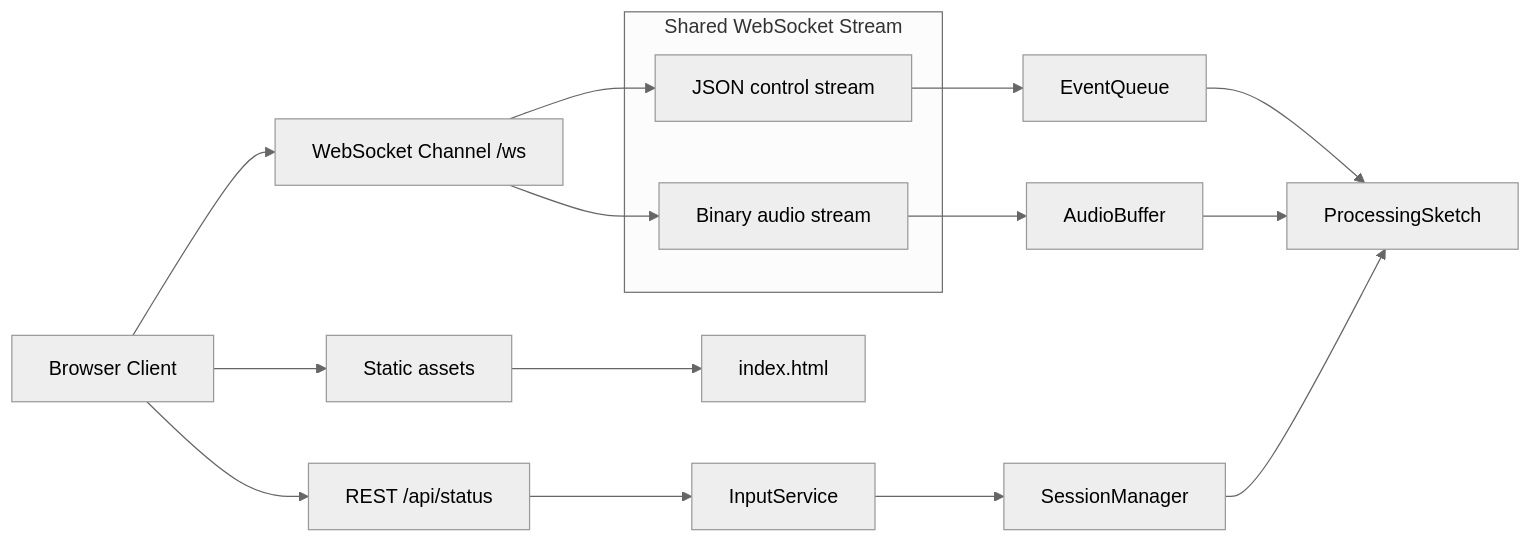
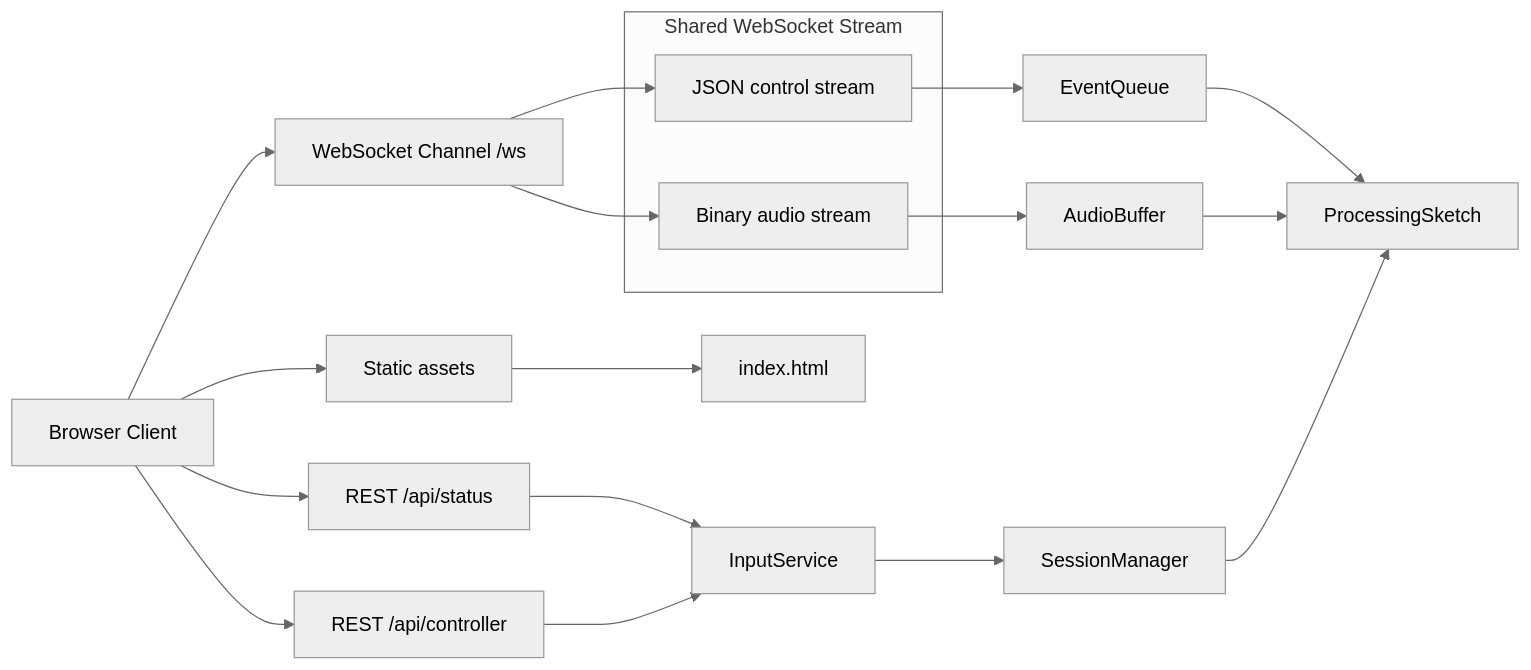
Before and after one commit to edbratt/processing-orchestra: the fifth of 6 diagrams in docs/architecture.md, drawn with Mermaid (neutral theme). The commit also changed other lines of this file and 61 other files, not shown here.

````diff
--- a/docs/architecture.md
+++ b/docs/architecture.md
@@ -441,22 +444,24 @@
 ```mermaid
 flowchart LR
     Browser["Browser Client"] --> Static["Static assets"]
     Browser --> REST["REST /api/status"]
+    Browser --> Controller["REST /api/controller"]
     Browser --> Channel["WebSocket Channel /ws"]
 
     subgraph Streams["Shared WebSocket Stream"]
         Json["JSON control stream"]
         Binary["Binary audio stream"]
     end
 
     Channel --> Json
     Channel --> Binary
     Json --> Queue["EventQueue"]
     Binary --> AudioBuffer["AudioBuffer"]
     REST --> InputService["InputService"]
+    Controller --> InputService
     InputService --> Sessions["SessionManager"]
     Queue --> Sketch["ProcessingSketch"]
     AudioBuffer --> Sketch
     Sessions --> Sketch
     Static --> BrowserUI["index.html"]
 ```
````
